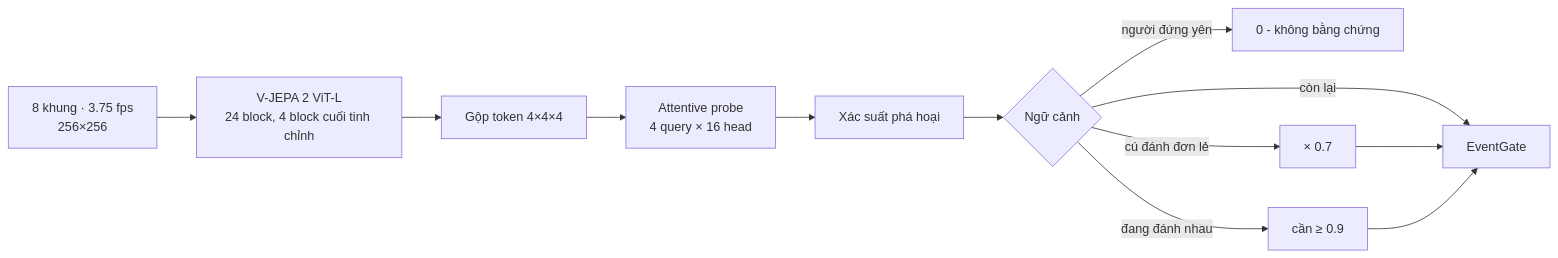
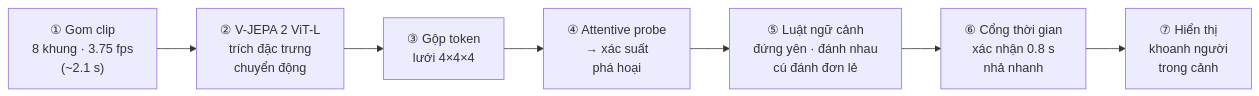
One commit to TranDuon/anomaly-behavior-detector-system changed the second of 6 diagrams in docs/bao-ve-pha-hoai-va-vat-sac-nhon.md. Above: the diagram before and after it, drawn with Mermaid. The commit also changed other lines of this file, not shown here.

````diff
--- a/docs/bao-ve-pha-hoai-va-vat-sac-nhon.md
+++ b/docs/bao-ve-pha-hoai-va-vat-sac-nhon.md
@@ -73,14 +35,9 @@
 ```mermaid
 flowchart LR
-    F[8 khung · 3.75 fps<br/>256×256] --> B[V-JEPA 2 ViT-L<br/>24 block, 4 block cuối tinh chỉnh]
-    B --> P[Gộp token 4×4×4]
-    P --> A[Attentive probe<br/>4 query × 16 head]
-    A --> SC[Xác suất phá hoại]
-    SC --> CTX{Ngữ cảnh}
-    CTX -->|người đứng yên| Z[0 - không bằng chứng]
-    CTX -->|cú đánh đơn lẻ| K[× 0.7]
-    CTX -->|đang đánh nhau| H[cần ≥ 0.9]
-    CTX -->|còn lại| G[EventGate]
-    K --> G
-    H --> G
+    A1["① Gom clip<br/>8 khung · 3.75 fps<br/>(~2.1 s)"] --> A2["② V-JEPA 2 ViT-L<br/>trích đặc trưng<br/>chuyển động"]
+    A2 --> A3["③ Gộp token<br/>lưới 4×4×4"]
+    A3 --> A4["④ Attentive probe<br/>→ xác suất<br/>phá hoại"]
+    A4 --> A5["⑤ Luật ngữ cảnh<br/>đứng yên · đánh nhau<br/>cú đánh đơn lẻ"]
+    A5 --> A6["⑥ Cổng thời gian<br/>xác nhận 0.8 s<br/>nhả nhanh"]
+    A6 --> A7["⑦ Hiển thị<br/>khoanh người<br/>trong cảnh"]
 ```
````
